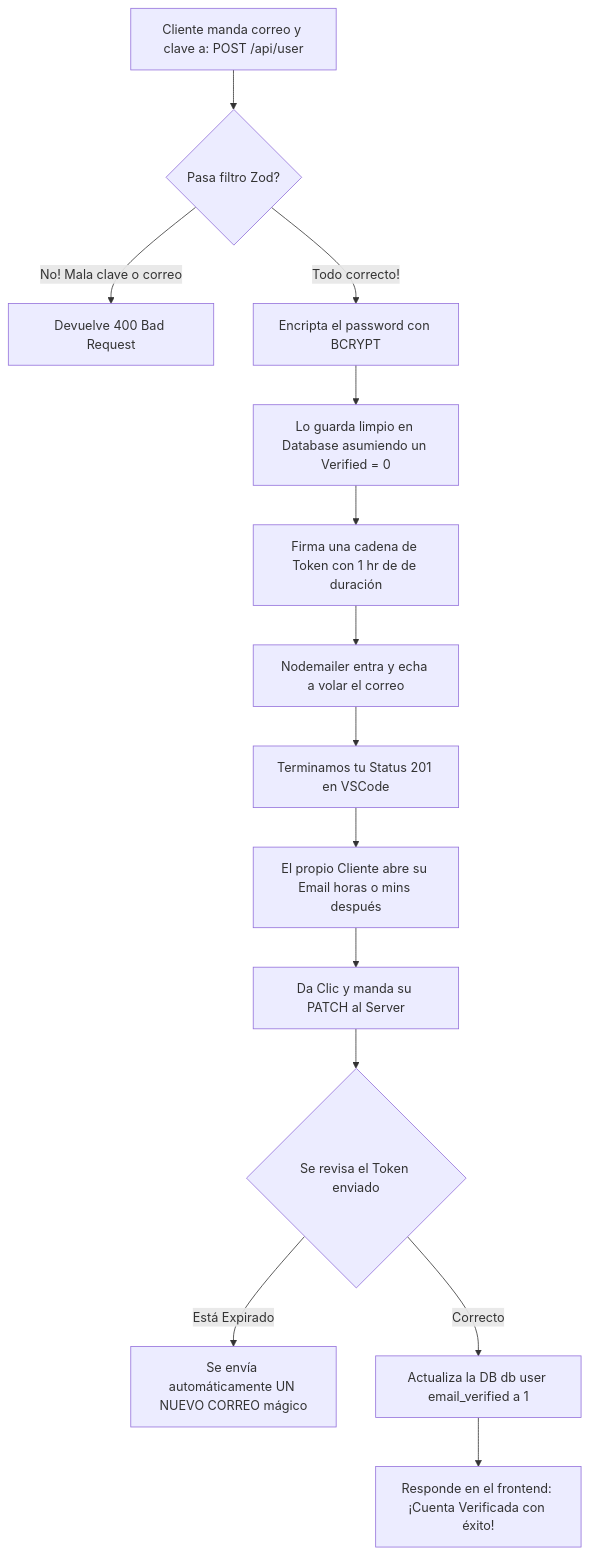
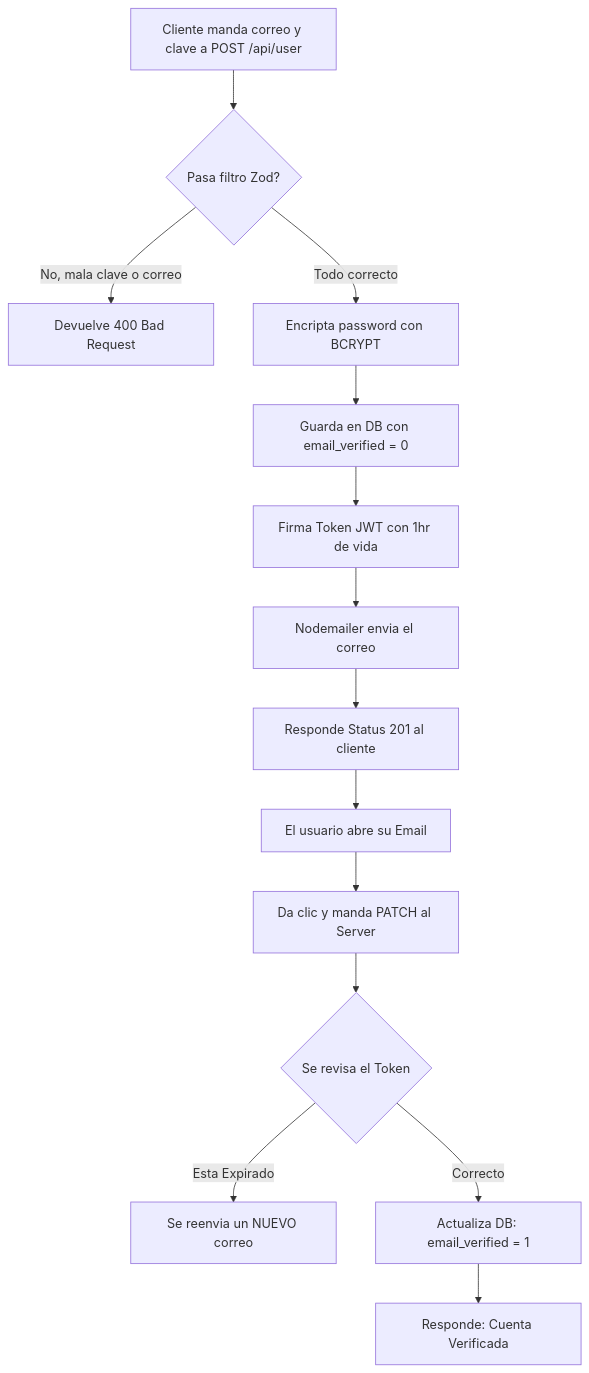
One commit to Byte21m/Proyecto-Sistema-de-facturacion changed the second of 4 diagrams in documentacion/05_Diagramas_y_Estructura.md. Above: the diagram before and after it, drawn with Mermaid. The commit also changed other lines of this file and 1 other file, not shown here.

Commit message:
docs: Diagramas Mermaid corregidos, extensiones VSCode detalladas

````diff
--- a/documentacion/05_Diagramas_y_Estructura.md
+++ b/documentacion/05_Diagramas_y_Estructura.md
@@ -55,17 +69,16 @@
 ```mermaid
 flowchart TD
-    A[Cliente manda correo y clave a: POST /api/user] --> B{Pasa filtro Zod?}
-    B -- No! Mala clave o correo --> C[Devuelve 400 Bad Request]
-    B -- Todo correcto! --> D[Encripta el password con BCRYPT]
-    D --> E[Lo guarda limpio en Database asumiendo un Verified = 0]
-    E --> F[Firma una cadena de Token con 1 hr de de duración]
-    F --> G[Nodemailer entra y echa a volar el correo]
-    G --> H[Terminamos tu Status 201 en VSCode]
-    
-    H --> I[El propio Cliente abre su Email horas o mins después]
-    I --> J[Da Clic y manda su PATCH al Server]
-    J --> K{Se revisa el Token enviado}
-    K -- Está Expirado --> L[Se envía automáticamente UN NUEVO CORREO mágico]
-    K -- Correcto --> M[Actualiza la DB db user email_verified a 1]
-    M --> N[Responde en el frontend: ¡Cuenta Verificada con éxito!]
+    A["Cliente manda correo y clave a POST /api/user"] --> B{"Pasa filtro Zod?"}
+    B -- "No, mala clave o correo" --> C["Devuelve 400 Bad Request"]
+    B -- "Todo correcto" --> D["Encripta password con BCRYPT"]
+    D --> E["Guarda en DB con email_verified = 0"]
+    E --> F["Firma Token JWT con 1hr de vida"]
+    F --> G["Nodemailer envia el correo"]
+    G --> H["Responde Status 201 al cliente"]
+    H --> I["El usuario abre su Email"]
+    I --> J["Da clic y manda PATCH al Server"]
+    J --> K{"Se revisa el Token"}
+    K -- "Esta Expirado" --> L["Se reenvia un NUEVO correo"]
+    K -- "Correcto" --> M["Actualiza DB: email_verified = 1"]
+    M --> N["Responde: Cuenta Verificada"]
 ```
````
